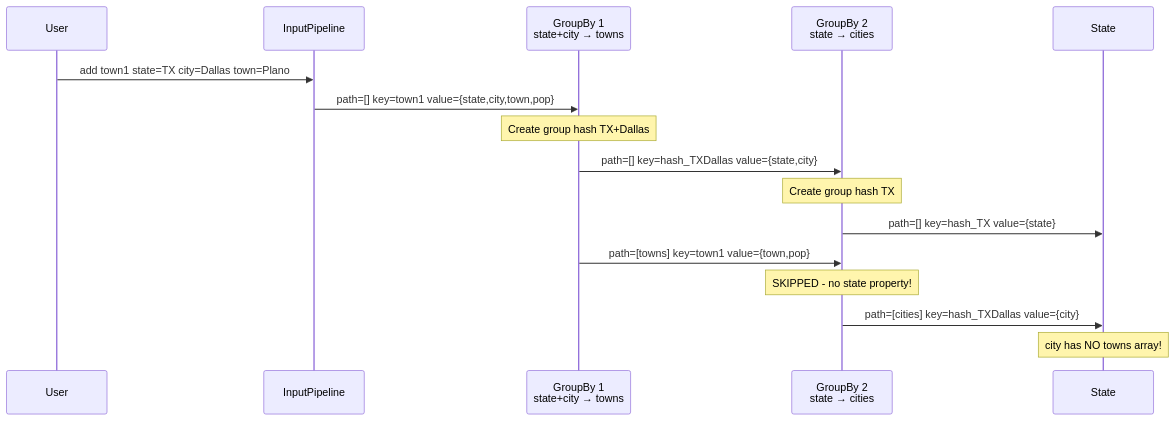
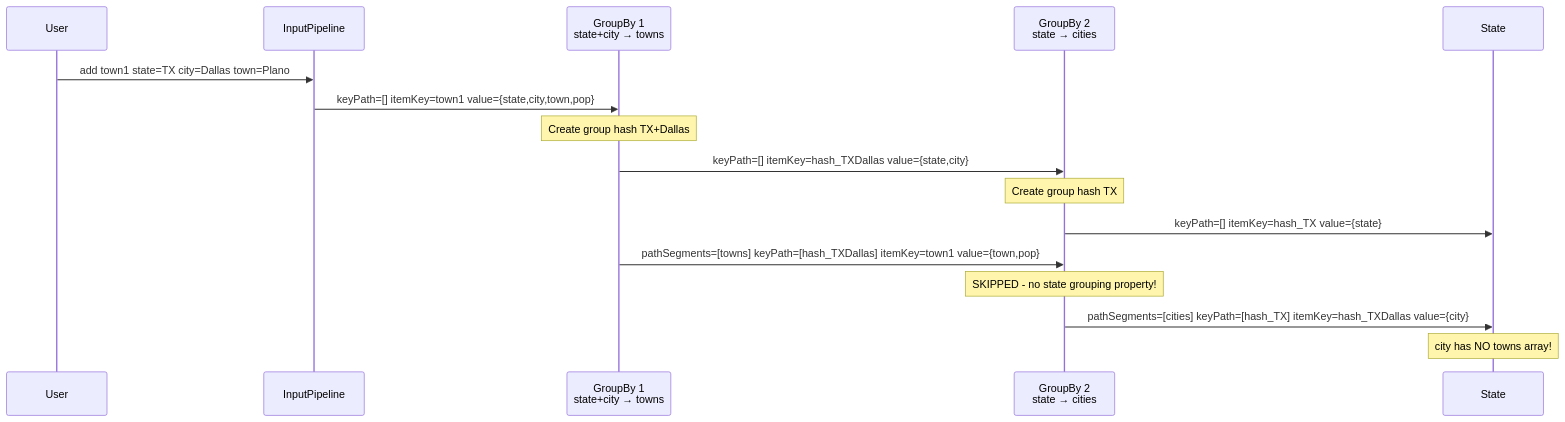
The second of 6 diagrams in docs/nested-groupby-architecture.md (michaellperry/aggregator-toy), drawn with Mermaid before and after one commit. The commit also changed other lines of this file and 20 other files, not shown here.

Commit message:
Standardize the naming convention around segments, keys, and grouping

````diff
--- a/docs/nested-groupby-architecture.md
+++ b/docs/nested-groupby-architecture.md
@@ -136,22 +122,22 @@
 ```mermaid
 sequenceDiagram
     participant User
     participant Input as InputPipeline
     participant GB1 as GroupBy 1<br/>state+city → towns
     participant GB2 as GroupBy 2<br/>state → cities
     participant State
 
     User->>Input: add town1 state=TX city=Dallas town=Plano
-    Input->>GB1: path=[] key=town1 value={state,city,town,pop}
+    Input->>GB1: keyPath=[] itemKey=town1 value={state,city,town,pop}
     
     Note over GB1: Create group hash TX+Dallas
-    GB1->>GB2: path=[] key=hash_TXDallas value={state,city}
+    GB1->>GB2: keyPath=[] itemKey=hash_TXDallas value={state,city}
     Note over GB2: Create group hash TX
-    GB2->>State: path=[] key=hash_TX value={state}
+    GB2->>State: keyPath=[] itemKey=hash_TX value={state}
     
-    GB1->>GB2: path=[towns] key=town1 value={town,pop}
-    Note over GB2: SKIPPED - no state property!
+    GB1->>GB2: pathSegments=[towns] keyPath=[hash_TXDallas] itemKey=town1 value={town,pop}
+    Note over GB2: SKIPPED - no state grouping property!
     
-    GB2->>State: path=[cities] key=hash_TXDallas value={city}
+    GB2->>State: pathSegments=[cities] keyPath=[hash_TX] itemKey=hash_TXDallas value={city}
     Note over State: city has NO towns array!
 ```
````
